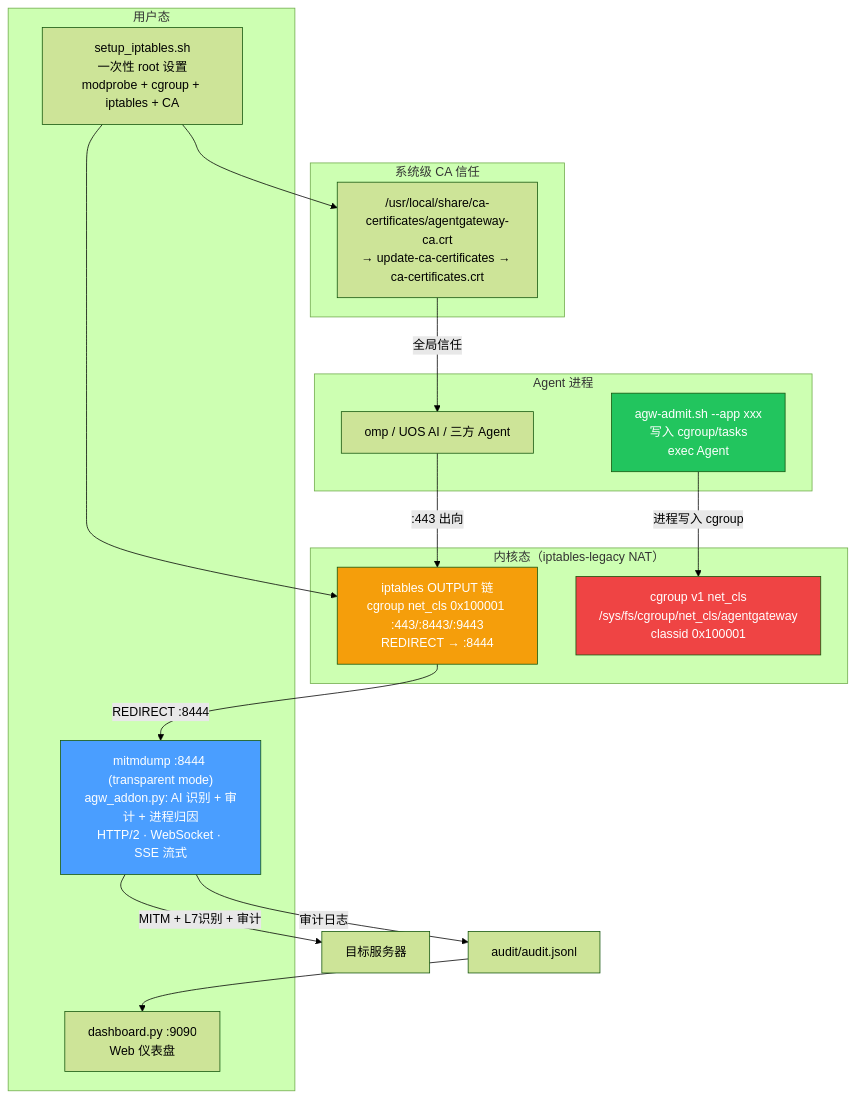
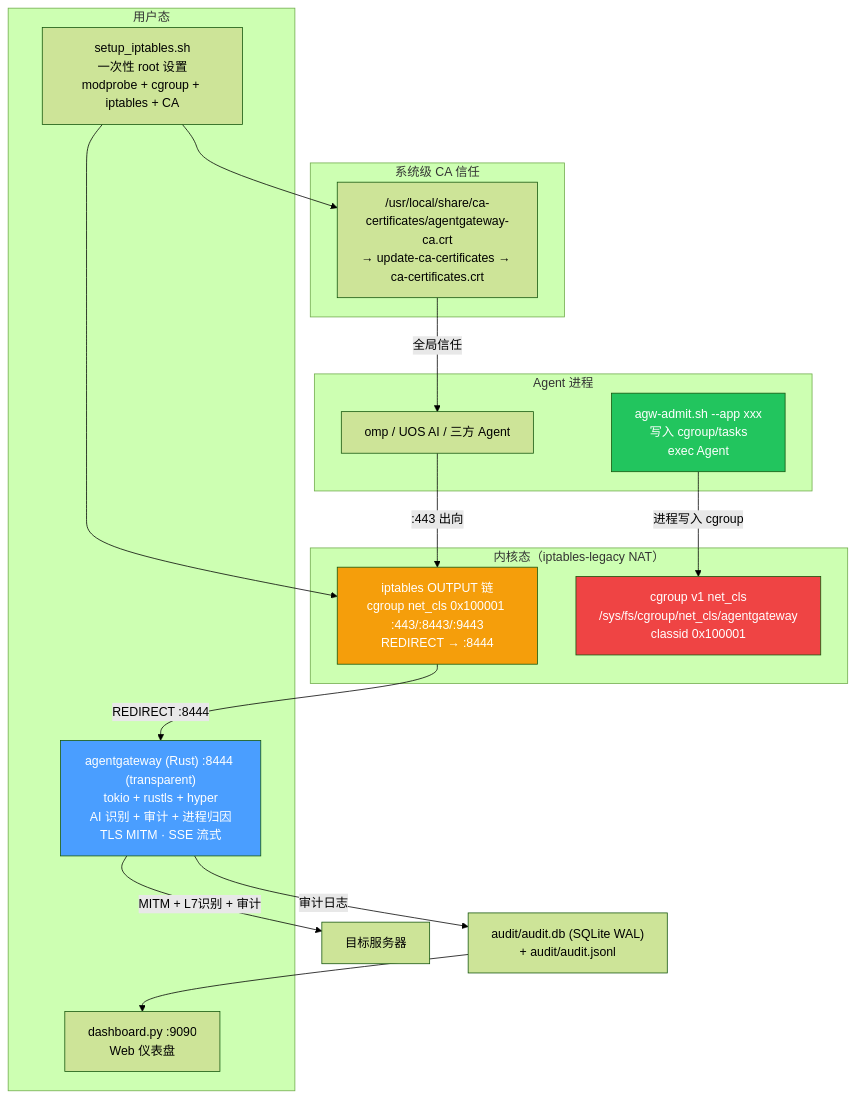
One commit to eric2023/agentgateway changed the diagram in README.md. Above: the diagram before and after it, drawn with Mermaid (forest theme). The commit also changed other lines of this file and 15 other files, not shown here.

````diff
--- a/README.md
+++ b/README.md
@@ -11,37 +11,37 @@
 ```mermaid
 graph TB
     subgraph 内核态["内核态（iptables-legacy NAT）"]
         NFT["iptables OUTPUT 链<br/>cgroup net_cls 0x100001 :443/:8443/:9443<br/>REDIRECT → :8444"]
         CG["cgroup v1 net_cls<br/>/sys/fs/cgroup/net_cls/agentgateway<br/>classid 0x100001"]
     end
 
     subgraph 用户态["用户态"]
-        TP["mitmdump :8444 (transparent mode)<br/>agw_addon.py: AI 识别 + 审计 + 进程归因<br/>HTTP/2 · WebSocket · SSE 流式"]
+        TP["agentgateway (Rust) :8444 (transparent)<br/>tokio + rustls + hyper<br/>AI 识别 + 审计 + 进程归因<br/>TLS MITM · SSE 流式"]
         DASH["dashboard.py :9090<br/>Web 仪表盘"]
         SETUP["setup_iptables.sh<br/>一次性 root 设置<br/>modprobe + cgroup + iptables + CA"]
     end
 
     subgraph Agent["Agent 进程"]
         A1["omp / UOS AI / 三方 Agent"]
         TE["agw-admit.sh --app xxx<br/>写入 cgroup/tasks<br/>exec Agent"]
     end
 
     subgraph CA["系统级 CA 信任"]
         SYS["/usr/local/share/ca-certificates/agentgateway-ca.crt<br/>→ update-ca-certificates → ca-certificates.crt"]
     end
 
     TE -->|"进程写入 cgroup"| CG
     A1 -->|":443 出向"| NFT
     NFT -->|"REDIRECT :8444"| TP
     TP -->|"MITM + L7识别 + 审计"| 远程["目标服务器"]
-    TP -->|"审计日志"| LOG["audit/audit.jsonl"]
+    TP -->|"审计日志"| LOG["audit/audit.db (SQLite WAL)<br/>+ audit/audit.jsonl"]
     LOG --> DASH
     SYS -->|"全局信任"| A1
     SETUP --> NFT
     SETUP --> SYS
 
     style NFT fill:#f59e0b,color:#fff
     style TP fill:#4a9eff,color:#fff
     style TE fill:#22c55e,color:#fff
     style CG fill:#ef4444,color:#fff
 ```
````
